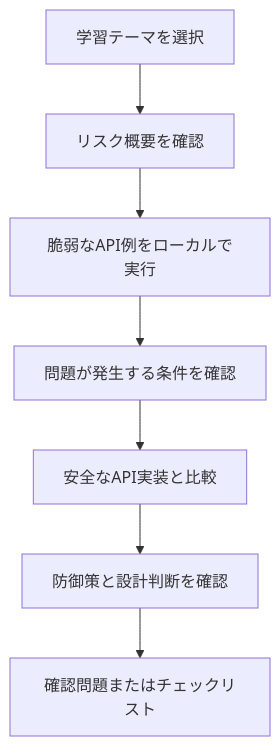
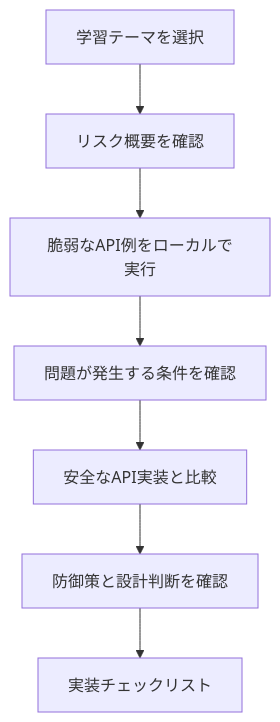
Before and after one commit to kiryu1211/api-security-lab-platform: the diagram in docs/proposal.ja.md, drawn with Mermaid. The commit also changed other lines of this file and 10 other files, not shown here.

````diff
--- a/docs/proposal.ja.md
+++ b/docs/proposal.ja.md
@@ -30,9 +37,9 @@
 ```mermaid
 flowchart TD
     A[学習テーマを選択] --> B[リスク概要を確認]
     B --> C[脆弱なAPI例をローカルで実行]
     C --> D[問題が発生する条件を確認]
     D --> E[安全なAPI実装と比較]
     E --> F[防御策と設計判断を確認]
-    F --> G[確認問題またはチェックリスト]
+    F --> G[実装チェックリスト]
 ```
````
